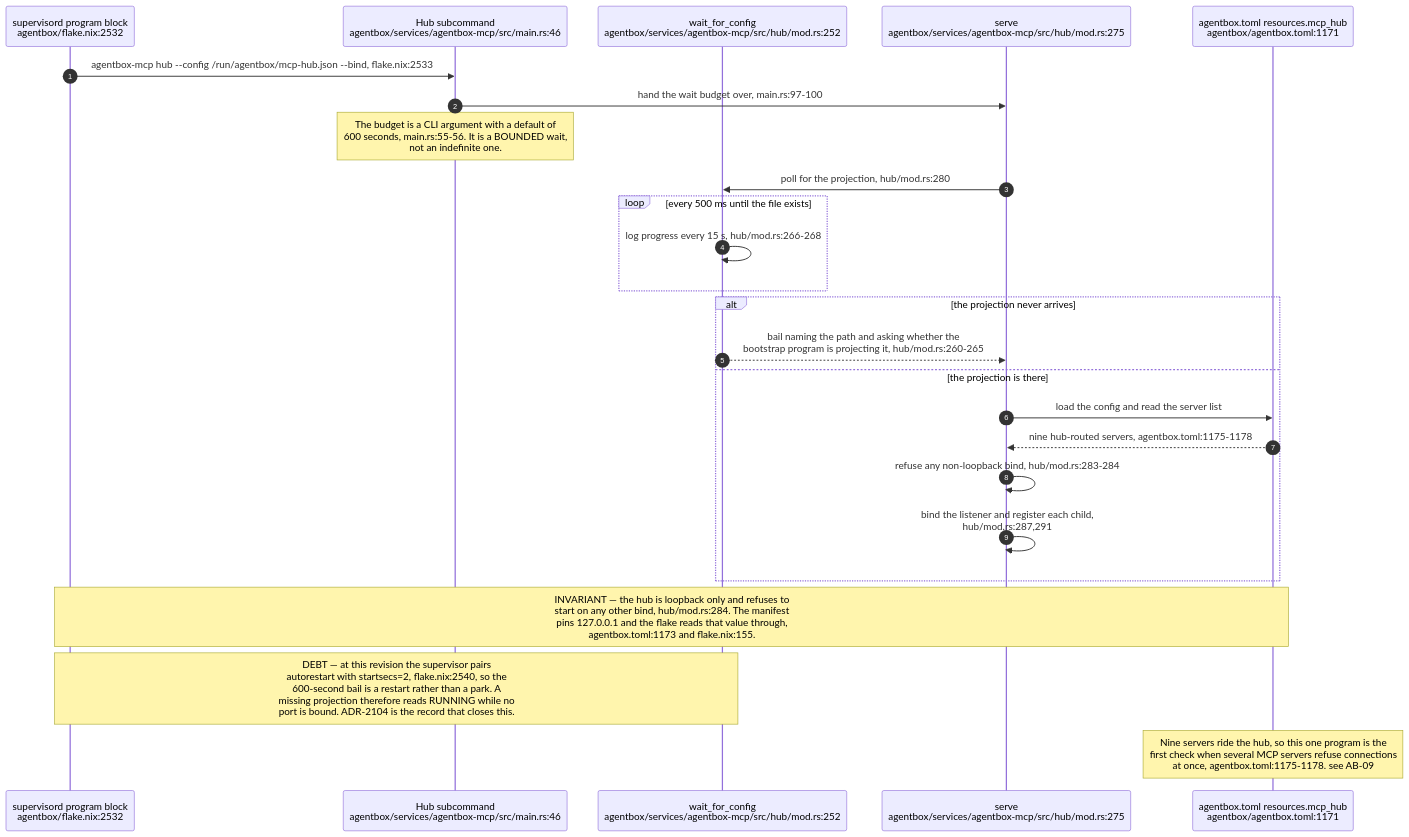
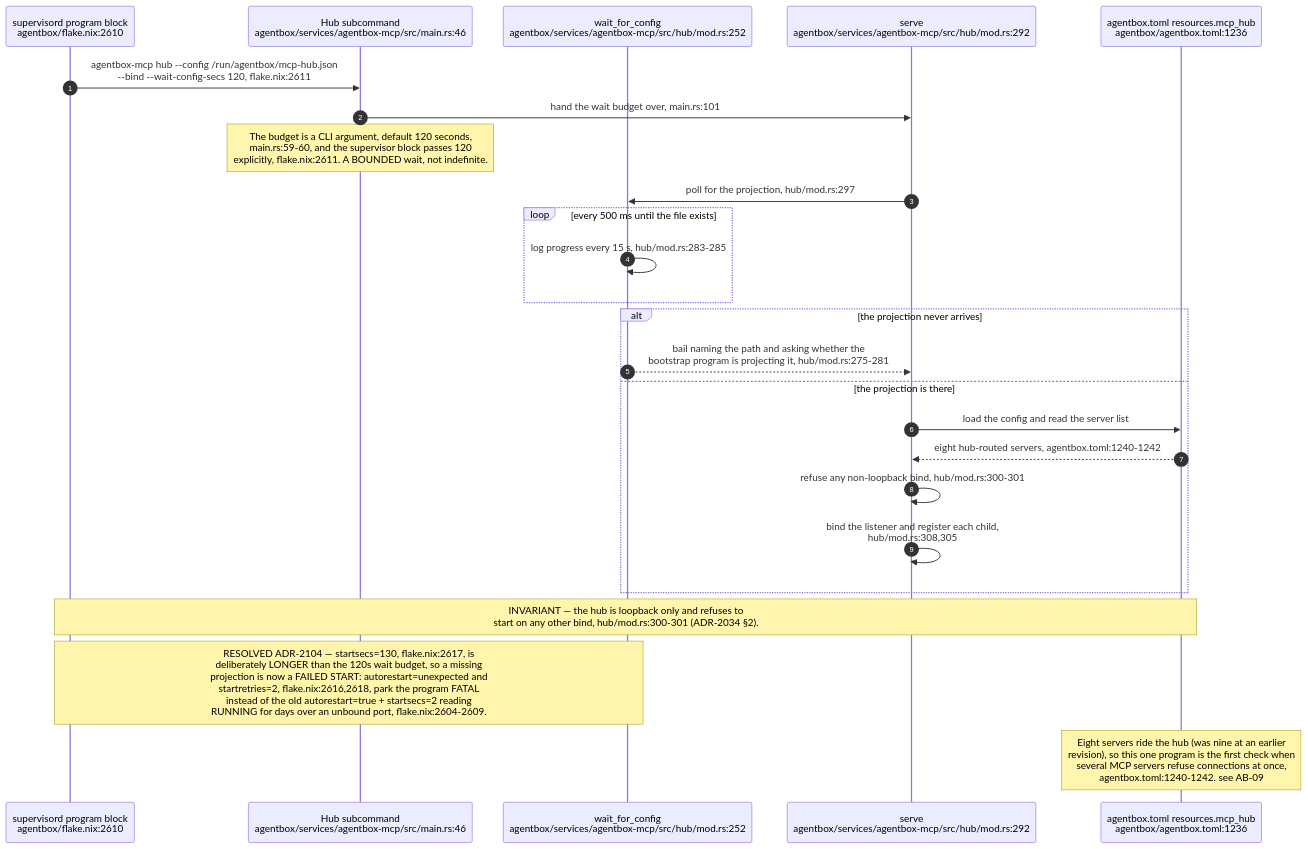
One commit to DreamLab-AI/VisionFlow changed the seventh of 8 diagrams in docs/diagrams/estate/01-estate-topology.md. Above: the diagram before and after it, drawn with Mermaid. The commit also changed other lines of this file and 136 other files, not shown here.

First line of the commit message:
docs(diagrams): refresh the whole corpus to code HEAD and prune low-value diagrams

````diff
--- a/docs/diagrams/estate/01-estate-topology.md
+++ b/docs/diagrams/estate/01-estate-topology.md
@@ -270,28 +272,28 @@
 ```mermaid
 sequenceDiagram
     autonumber
-    participant SUP as supervisord program block<br/>agentbox/flake.nix:2532
+    participant SUP as supervisord program block<br/>agentbox/flake.nix:2610
     participant MAIN as Hub subcommand<br/>agentbox/services/agentbox-mcp/src/main.rs:46
     participant WAIT as wait_for_config<br/>agentbox/services/agentbox-mcp/src/hub/mod.rs:252
-    participant SERVE as serve<br/>agentbox/services/agentbox-mcp/src/hub/mod.rs:275
-    participant MAN as agentbox.toml resources.mcp_hub<br/>agentbox/agentbox.toml:1171
+    participant SERVE as serve<br/>agentbox/services/agentbox-mcp/src/hub/mod.rs:292
+    participant MAN as agentbox.toml resources.mcp_hub<br/>agentbox/agentbox.toml:1236
 
-    SUP->>MAIN: agentbox-mcp hub --config /run/agentbox/mcp-hub.json --bind, flake.nix:2533
-    MAIN->>SERVE: hand the wait budget over, main.rs:97-100
-    Note over MAIN: The budget is a CLI argument with a default of<br/>600 seconds, main.rs:55-56. It is a BOUNDED wait,<br/>not an indefinite one.
-    SERVE->>WAIT: poll for the projection, hub/mod.rs:280
+    SUP->>MAIN: agentbox-mcp hub --config /run/agentbox/mcp-hub.json<br/>--bind --wait-config-secs 120, flake.nix:2611
+    MAIN->>SERVE: hand the wait budget over, main.rs:101
+    Note over MAIN: The budget is a CLI argument, default 120 seconds,<br/>main.rs:59-60, and the supervisor block passes 120<br/>explicitly, flake.nix:2611. A BOUNDED wait, not indefinite.
+    SERVE->>WAIT: poll for the projection, hub/mod.rs:297
     loop every 500 ms until the file exists
-        WAIT->>WAIT: log progress every 15 s, hub/mod.rs:266-268
+        WAIT->>WAIT: log progress every 15 s, hub/mod.rs:283-285
     end
     alt the projection never arrives
-        WAIT-->>SERVE: bail naming the path and asking whether the<br/>bootstrap program is projecting it, hub/mod.rs:260-265
+        WAIT-->>SERVE: bail naming the path and asking whether the<br/>bootstrap program is projecting it, hub/mod.rs:275-281
     else the projection is there
         SERVE->>MAN: load the config and read the server list
-        MAN-->>SERVE: nine hub-routed servers, agentbox.toml:1175-1178
-        SERVE->>SERVE: refuse any non-loopback bind, hub/mod.rs:283-284
-        SERVE->>SERVE: bind the listener and register each child,<br/>hub/mod.rs:287,291
+        MAN-->>SERVE: eight hub-routed servers, agentbox.toml:1240-1242
+        SERVE->>SERVE: refuse any non-loopback bind, hub/mod.rs:300-301
+        SERVE->>SERVE: bind the listener and register each child,<br/>hub/mod.rs:308,305
     end
-    Note over SUP,MAN: INVARIANT — the hub is loopback only and refuses to<br/>start on any other bind, hub/mod.rs:284. The manifest<br/>pins 127.0.0.1 and the flake reads that value through,<br/>agentbox.toml:1173 and flake.nix:155.
-    Note over SUP,WAIT: DEBT — at this revision the supervisor pairs<br/>autorestart with startsecs=2, flake.nix:2540, so the<br/>600-second bail is a restart rather than a park. A<br/>missing projection therefore reads RUNNING while no<br/>port is bound. ADR-2104 is the record that closes this.
-    Note over MAN: Nine servers ride the hub, so this one program is the<br/>first check when several MCP servers refuse connections<br/>at once, agentbox.toml:1175-1178. see AB-09
+    Note over SUP,MAN: INVARIANT — the hub is loopback only and refuses to<br/>start on any other bind, hub/mod.rs:300-301 (ADR-2034 §2).
+    Note over SUP,WAIT: RESOLVED ADR-2104 — startsecs=130, flake.nix:2617, is<br/>deliberately LONGER than the 120s wait budget, so a missing<br/>projection is now a FAILED START: autorestart=unexpected and<br/>startretries=2, flake.nix:2616,2618, park the program FATAL<br/>instead of the old autorestart=true + startsecs=2 reading<br/>RUNNING for days over an unbound port, flake.nix:2604-2609.
+    Note over MAN: Eight servers ride the hub (was nine at an earlier<br/>revision), so this one program is the first check when<br/>several MCP servers refuse connections at once,<br/>agentbox.toml:1240-1242. see AB-09
 ```
````
